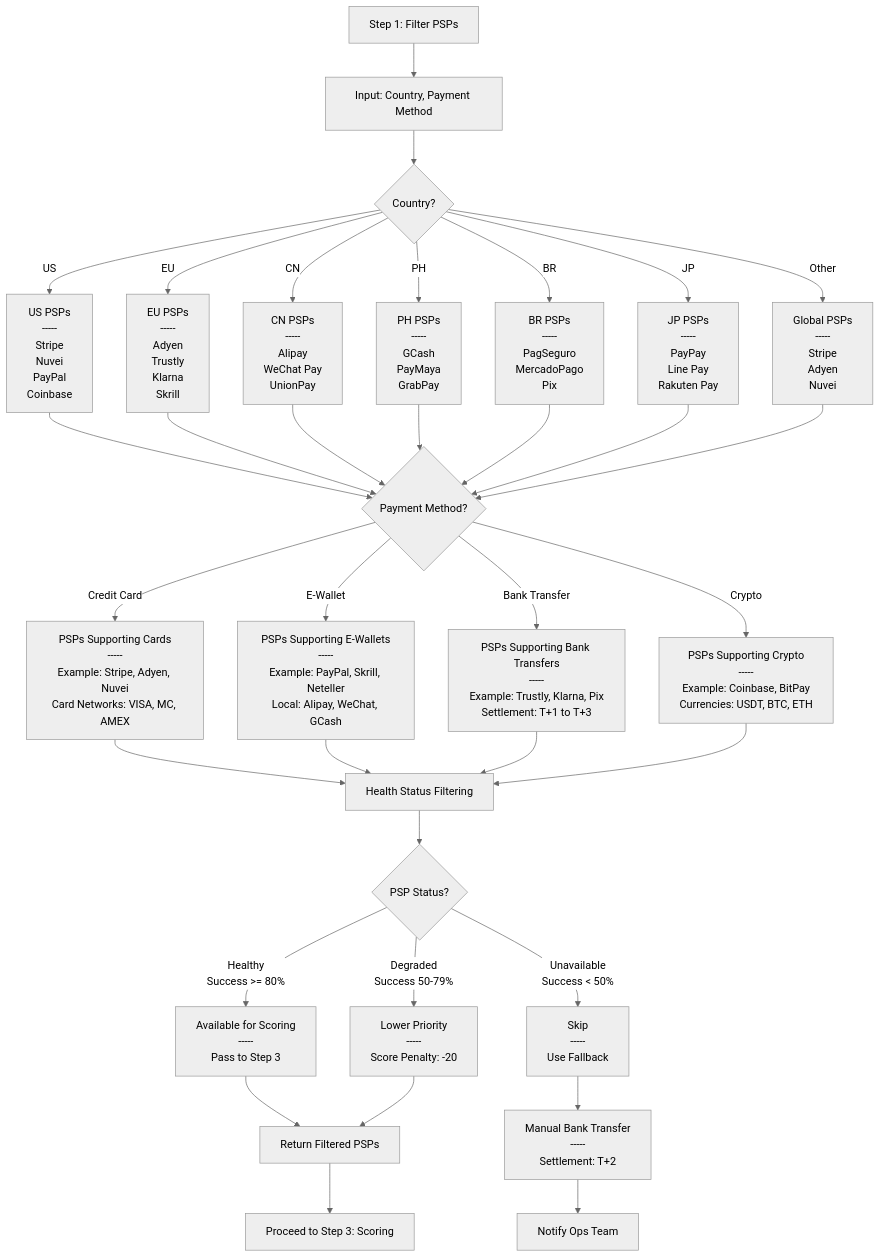
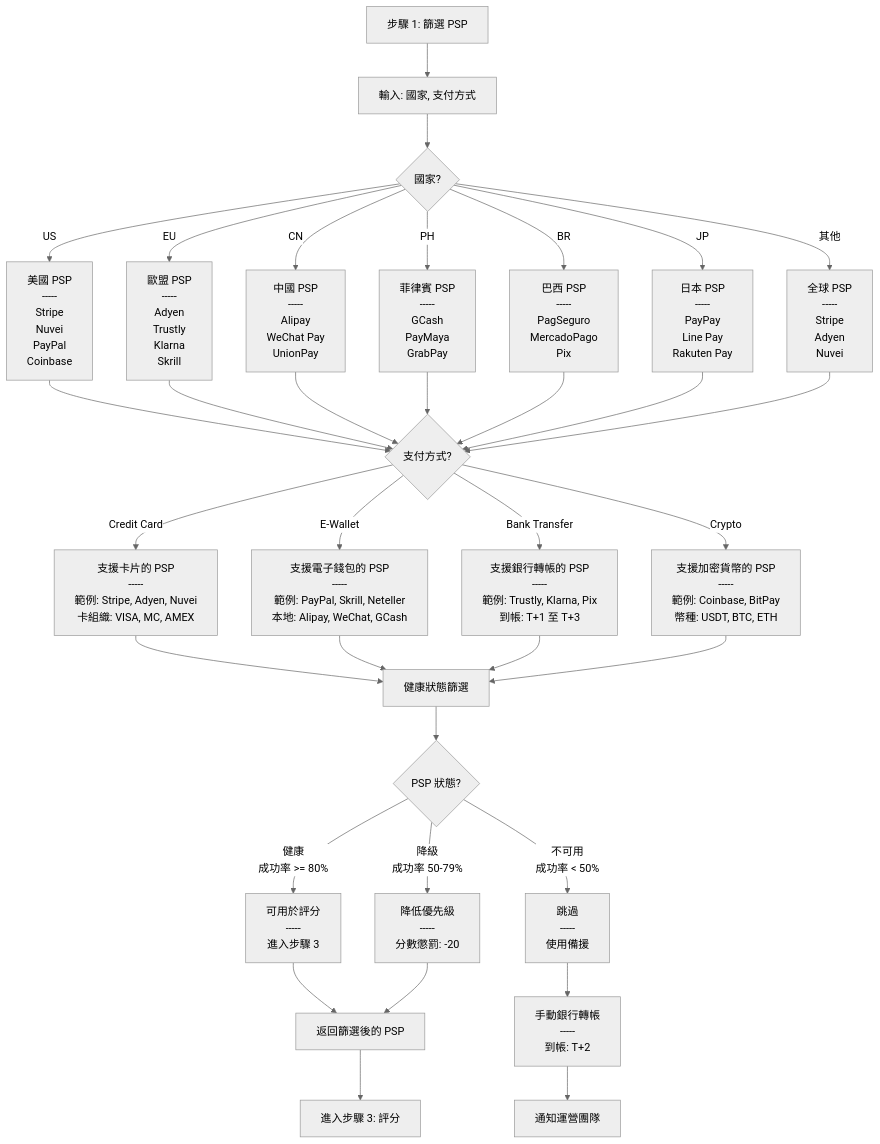
The third of 7 diagrams in docs/iGaming/architecture/02_Finance_Service/Payment_Gateway_API.md (ron03wlb/smart-admin), drawn with Mermaid (neutral theme) before and after one commit. The commit also changed other lines of this file, not shown here.

First line of the commit message:
docs(iGaming): translate Payment_Gateway_API.md to Traditional Chinese

````diff
--- a/docs/iGaming/architecture/02_Finance_Service/Payment_Gateway_API.md
+++ b/docs/iGaming/architecture/02_Finance_Service/Payment_Gateway_API.md
@@ -483,47 +483,47 @@
 ```mermaid
 flowchart TD
-    START[Step 1: Filter PSPs] --> INPUT[Input: Country, Payment Method]
+    START[步驟 1: 篩選 PSP] --> INPUT[輸入: 國家, 支付方式]
 
-    INPUT --> COUNTRY{Country?}
+    INPUT --> COUNTRY{國家?}
 
-    COUNTRY -->|US| US["US PSPs<br/>-----<br/>Stripe<br/>Nuvei<br/>PayPal<br/>Coinbase"]
-    COUNTRY -->|EU| EU["EU PSPs<br/>-----<br/>Adyen<br/>Trustly<br/>Klarna<br/>Skrill"]
-    COUNTRY -->|CN| CN["CN PSPs<br/>-----<br/>Alipay<br/>WeChat Pay<br/>UnionPay"]
-    COUNTRY -->|PH| PH["PH PSPs<br/>-----<br/>GCash<br/>PayMaya<br/>GrabPay"]
-    COUNTRY -->|BR| BR["BR PSPs<br/>-----<br/>PagSeguro<br/>MercadoPago<br/>Pix"]
-    COUNTRY -->|JP| JP["JP PSPs<br/>-----<br/>PayPay<br/>Line Pay<br/>Rakuten Pay"]
-    COUNTRY -->|Other| GLOBAL["Global PSPs<br/>-----<br/>Stripe<br/>Adyen<br/>Nuvei"]
+    COUNTRY -->|US| US["美國 PSP<br/>-----<br/>Stripe<br/>Nuvei<br/>PayPal<br/>Coinbase"]
+    COUNTRY -->|EU| EU["歐盟 PSP<br/>-----<br/>Adyen<br/>Trustly<br/>Klarna<br/>Skrill"]
+    COUNTRY -->|CN| CN["中國 PSP<br/>-----<br/>Alipay<br/>WeChat Pay<br/>UnionPay"]
+    COUNTRY -->|PH| PH["菲律賓 PSP<br/>-----<br/>GCash<br/>PayMaya<br/>GrabPay"]
+    COUNTRY -->|BR| BR["巴西 PSP<br/>-----<br/>PagSeguro<br/>MercadoPago<br/>Pix"]
+    COUNTRY -->|JP| JP["日本 PSP<br/>-----<br/>PayPay<br/>Line Pay<br/>Rakuten Pay"]
+    COUNTRY -->|其他| GLOBAL["全球 PSP<br/>-----<br/>Stripe<br/>Adyen<br/>Nuvei"]
 
     US --> METHOD
     EU --> METHOD
     CN --> METHOD
     PH --> METHOD
     BR --> METHOD
     JP --> METHOD
     GLOBAL --> METHOD
 
-    METHOD{Payment Method?}
+    METHOD{支付方式?}
 
-    METHOD -->|Credit Card| CARD["PSPs Supporting Cards<br/>-----<br/>Example: Stripe, Adyen, Nuvei<br/>Card Networks: VISA, MC, AMEX"]
-    METHOD -->|E-Wallet| EWALLET["PSPs Supporting E-Wallets<br/>-----<br/>Example: PayPal, Skrill, Neteller<br/>Local: Alipay, WeChat, GCash"]
-    METHOD -->|Bank Transfer| BANK["PSPs Supporting Bank Transfers<br/>-----<br/>Example: Trustly, Klarna, Pix<br/>Settlement: T+1 to T+3"]
-    METHOD -->|Crypto| CRYPTO["PSPs Supporting Crypto<br/>-----<br/>Example: Coinbase, BitPay<br/>Currencies: USDT, BTC, ETH"]
+    METHOD -->|Credit Card| CARD["支援卡片的 PSP<br/>-----<br/>範例: Stripe, Adyen, Nuvei<br/>卡組織: VISA, MC, AMEX"]
+    METHOD -->|E-Wallet| EWALLET["支援電子錢包的 PSP<br/>-----<br/>範例: PayPal, Skrill, Neteller<br/>本地: Alipay, WeChat, GCash"]
+    METHOD -->|Bank Transfer| BANK["支援銀行轉帳的 PSP<br/>-----<br/>範例: Trustly, Klarna, Pix<br/>到帳: T+1 至 T+3"]
+    METHOD -->|Crypto| CRYPTO["支援加密貨幣的 PSP<br/>-----<br/>範例: Coinbase, BitPay<br/>幣種: USDT, BTC, ETH"]
 
     CARD --> STATUS_FILTER
     EWALLET --> STATUS_FILTER
     BANK --> STATUS_FILTER
     CRYPTO --> STATUS_FILTER
 
-    STATUS_FILTER[Health Status Filtering] --> HEALTH{PSP Status?}
+    STATUS_FILTER[健康狀態篩選] --> HEALTH{PSP 狀態?}
 
-    HEALTH -->|Healthy<br/>Success >= 80%| HEALTHY["Available for Scoring<br/>-----<br/>Pass to Step 3"]
-    HEALTH -->|Degraded<br/>Success 50-79%| DEGRADED["Lower Priority<br/>-----<br/>Score Penalty: -20"]
-    HEALTH -->|Unavailable<br/>Success < 50%| UNAVAILABLE["Skip<br/>-----<br/>Use Fallback"]
+    HEALTH -->|健康<br/>成功率 >= 80%| HEALTHY["可用於評分<br/>-----<br/>進入步驟 3"]
+    HEALTH -->|降級<br/>成功率 50-79%| DEGRADED["降低優先級<br/>-----<br/>分數懲罰: -20"]
+    HEALTH -->|不可用<br/>成功率 < 50%| UNAVAILABLE["跳過<br/>-----<br/>使用備援"]
 
-    HEALTHY --> RETURN1[Return Filtered PSPs]
+    HEALTHY --> RETURN1[返回篩選後的 PSP]
     DEGRADED --> RETURN1
-    UNAVAILABLE --> FALLBACK_OPTION["Manual Bank Transfer<br/>-----<br/>Settlement: T+2"]
+    UNAVAILABLE --> FALLBACK_OPTION["手動銀行轉帳<br/>-----<br/>到帳: T+2"]
 
-    RETURN1 --> END1[Proceed to Step 3: Scoring]
-    FALLBACK_OPTION --> END2[Notify Ops Team]
+    RETURN1 --> END1[進入步驟 3: 評分]
+    FALLBACK_OPTION --> END2[通知運營團隊]
 ```
````
